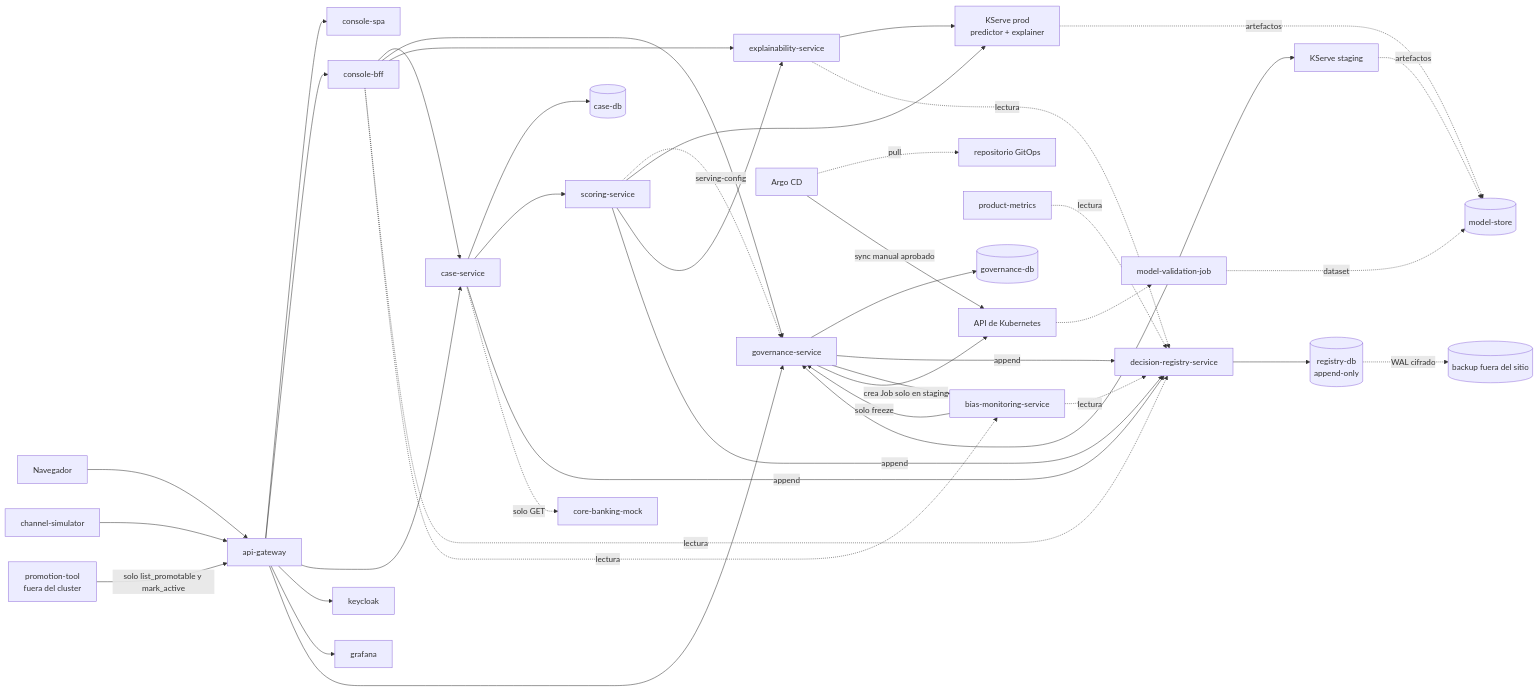
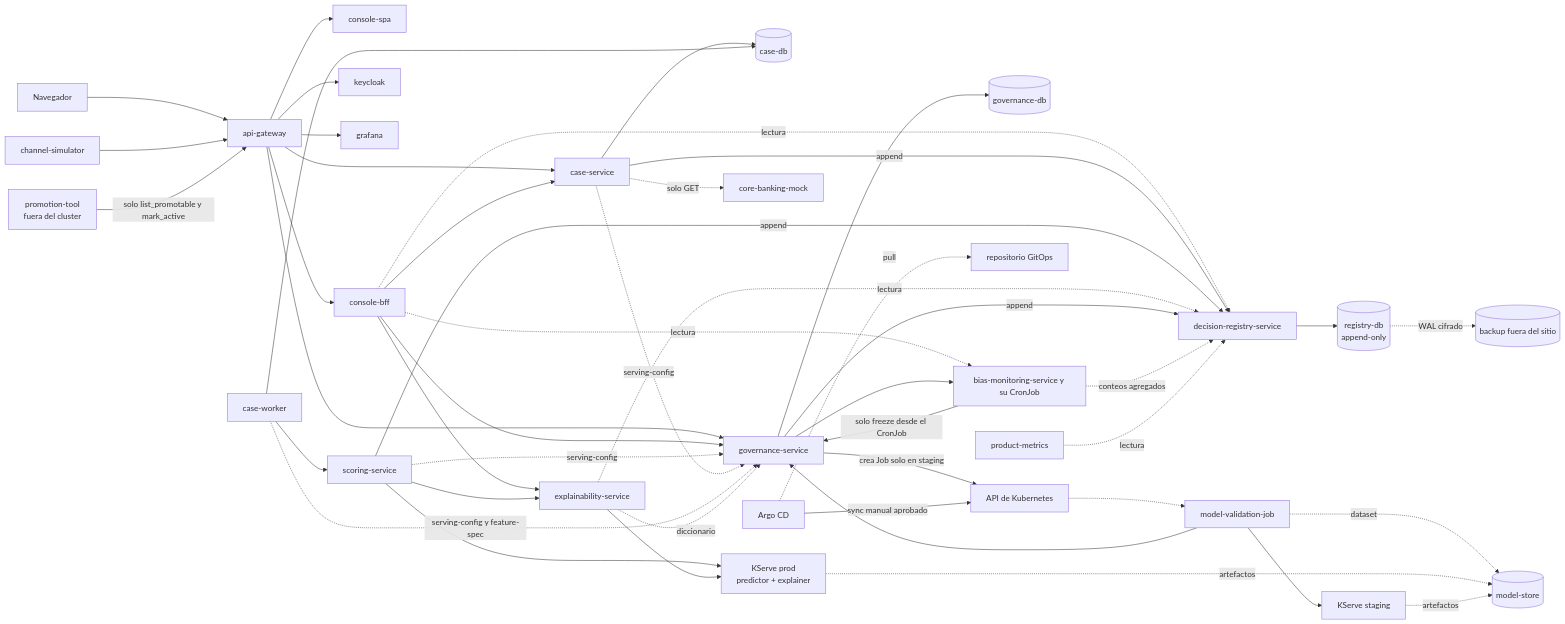
Before and after one commit to jjlloobb/topicos-especiales-credito-de-vivienda: the diagram in vectra-risk/aidlc-docs/inception/application-design/component-dependency.md, drawn with Mermaid. The commit also changed other lines of this file and 96 other files, not shown here.

````diff
--- a/vectra-risk/aidlc-docs/inception/application-design/component-dependency.md
+++ b/vectra-risk/aidlc-docs/inception/application-design/component-dependency.md
@@ -274,71 +289,76 @@
 ```mermaid
 flowchart LR
     BR["Navegador"]
     SIM["channel-simulator"]
     GW["api-gateway"]
     SPA["console-spa"]
     BFF["console-bff"]
     KC["keycloak"]
     GRAF["grafana"]
     CASE["case-service"]
     CDB[("case-db")]
     SC["scoring-service"]
     EX["explainability-service"]
     KS["KServe prod<br/>predictor + explainer"]
     KSS["KServe staging"]
     MS[("model-store")]
     GOV["governance-service"]
     GDB[("governance-db")]
     VJ["model-validation-job"]
-    BM["bias-monitoring-service"]
+    BM["bias-monitoring-service y su CronJob"]
     REG["decision-registry-service"]
     RDB[("registry-db<br/>append-only")]
     PM["product-metrics"]
     CORE["core-banking-mock"]
     K8S["API de Kubernetes"]
     BKP[("backup fuera del sitio")]
     GIT["repositorio GitOps"]
     ARGO["Argo CD"]
 
     BR --> GW
     SIM --> GW
     GW --> SPA
     GW --> BFF
     GW --> CASE
     GW --> KC
     GW --> GRAF
     PT["promotion-tool<br/>fuera del cluster"] -->|solo list_promotable y mark_active| GW
     GW --> GOV
     BFF --> CASE
     BFF --> GOV
     BFF --> EX
     BFF -. lectura .-> REG
     BFF -. lectura .-> BM
     CASE --> CDB
-    CASE --> SC
+    WRK["case-worker"]
+    WRK --> CDB
+    WRK --> SC
     CASE -->|append| REG
     CASE -. solo GET .-> CORE
     SC -. serving-config .-> GOV
+    CASE -. serving-config .-> GOV
+    WRK -. serving-config y feature-spec .-> GOV
+    EX -. diccionario .-> GOV
     SC --> KS
     SC --> EX
     SC -->|append| REG
     EX --> KS
     EX -. lectura .-> REG
     GOV --> GDB
     GOV -->|append| REG
     GOV --> BM
     GOV -->|crea Job solo en staging| K8S
     K8S -.-> VJ
     VJ --> KSS
     VJ --> GOV
     VJ -. dataset .-> MS
     KS -. artefactos .-> MS
     KSS -. artefactos .-> MS
-    BM -. lectura .-> REG
-    BM -->|solo freeze| GOV
+    BM -. conteos agregados .-> REG
+    BM -->|solo freeze desde el CronJob| GOV
     REG --> RDB
     PM -. lectura .-> REG
     RDB -. WAL cifrado .-> BKP
     ARGO -. pull .-> GIT
     ARGO -->|sync manual aprobado| K8S
 ```
````
